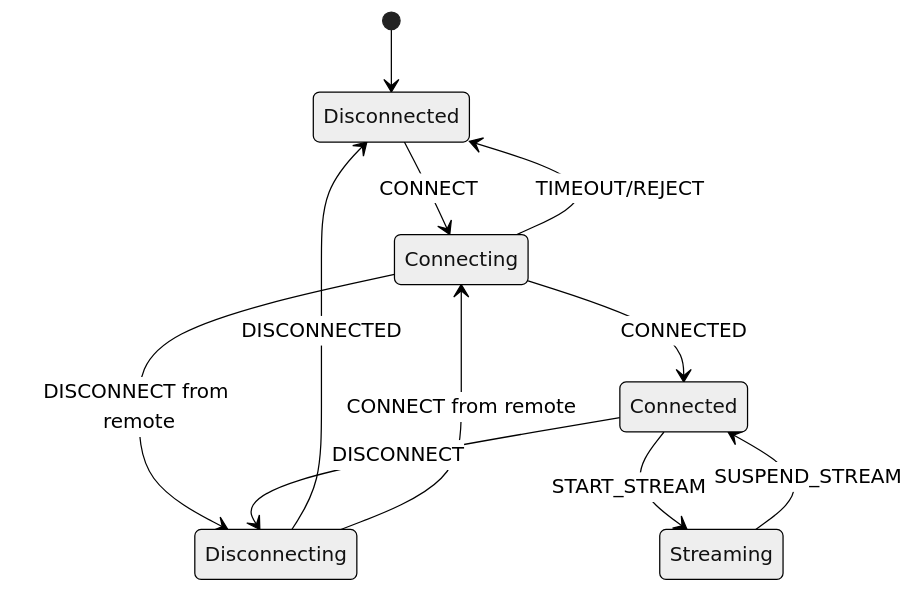
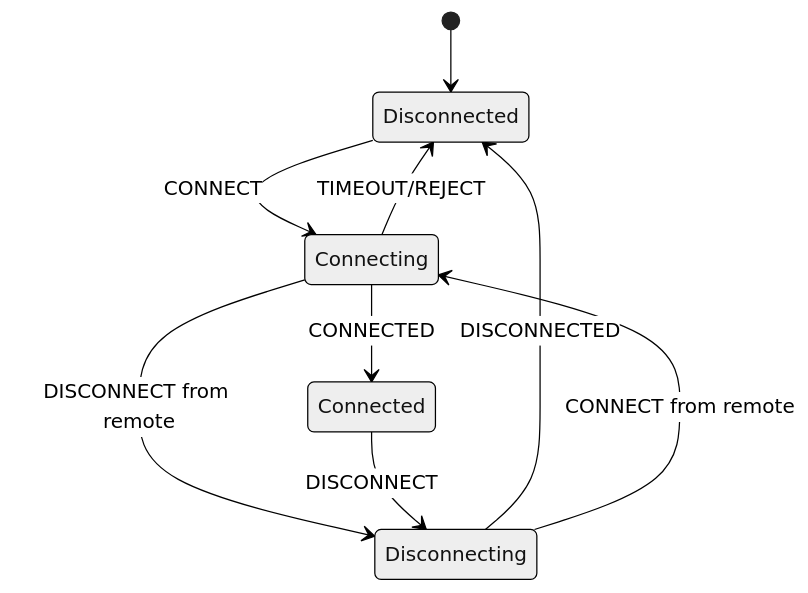
One commit to aospbooks/aosp-internal-book changed the sixth of 25 diagrams in 37-bluetooth.md. Above: the diagram before and after it, drawn with Mermaid (neutral theme). The commit also changed 68 other files, not shown here.

````diff
--- a/37-bluetooth.md
+++ b/37-bluetooth.md
@@ -898,13 +898,11 @@
 ```mermaid
 stateDiagram-v2
     [*] --> Disconnected
     Disconnected --> Connecting : CONNECT
     Connecting --> Connected : CONNECTED
     Connecting --> Disconnected : TIMEOUT/REJECT
     Connecting --> Disconnecting : DISCONNECT from remote
     Connected --> Disconnecting : DISCONNECT
-    Connected --> Streaming : START_STREAM
-    Streaming --> Connected : SUSPEND_STREAM
     Disconnecting --> Disconnected : DISCONNECTED
     Disconnecting --> Connecting : CONNECT from remote
 ```
````
